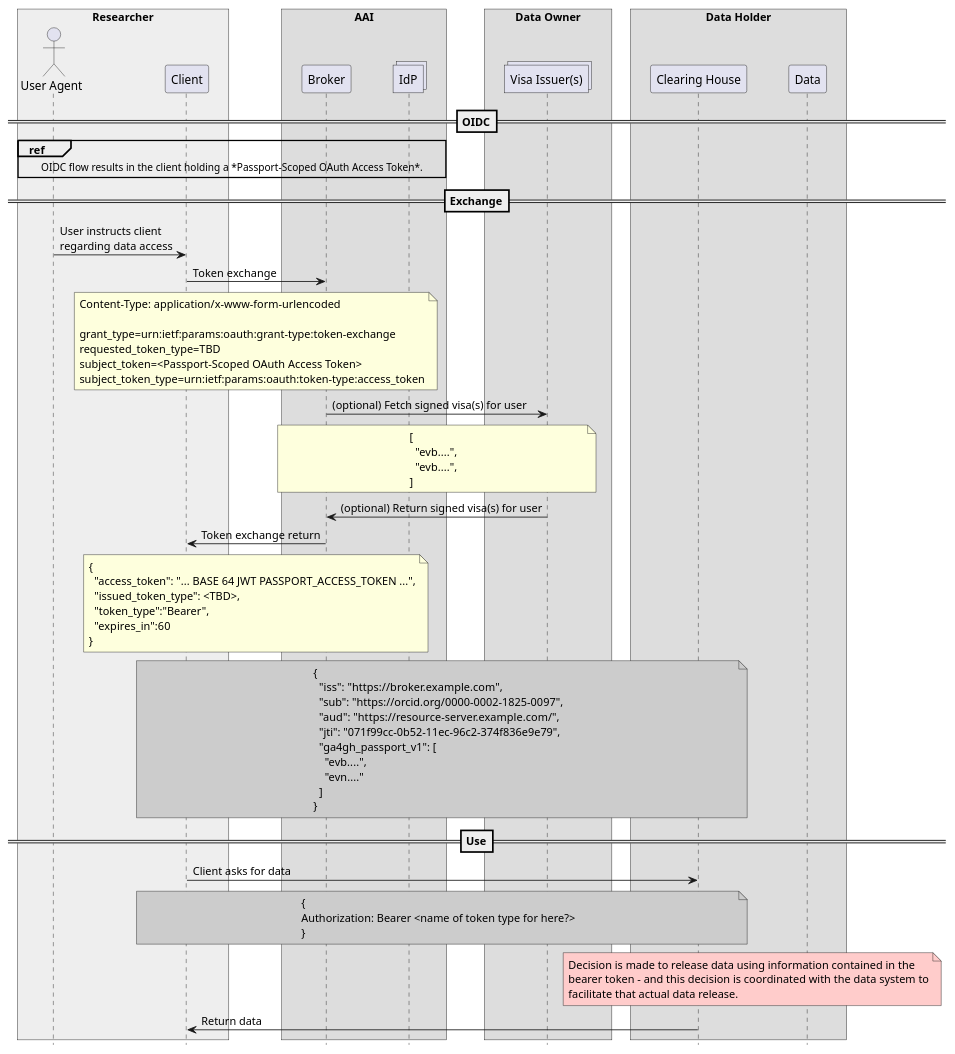
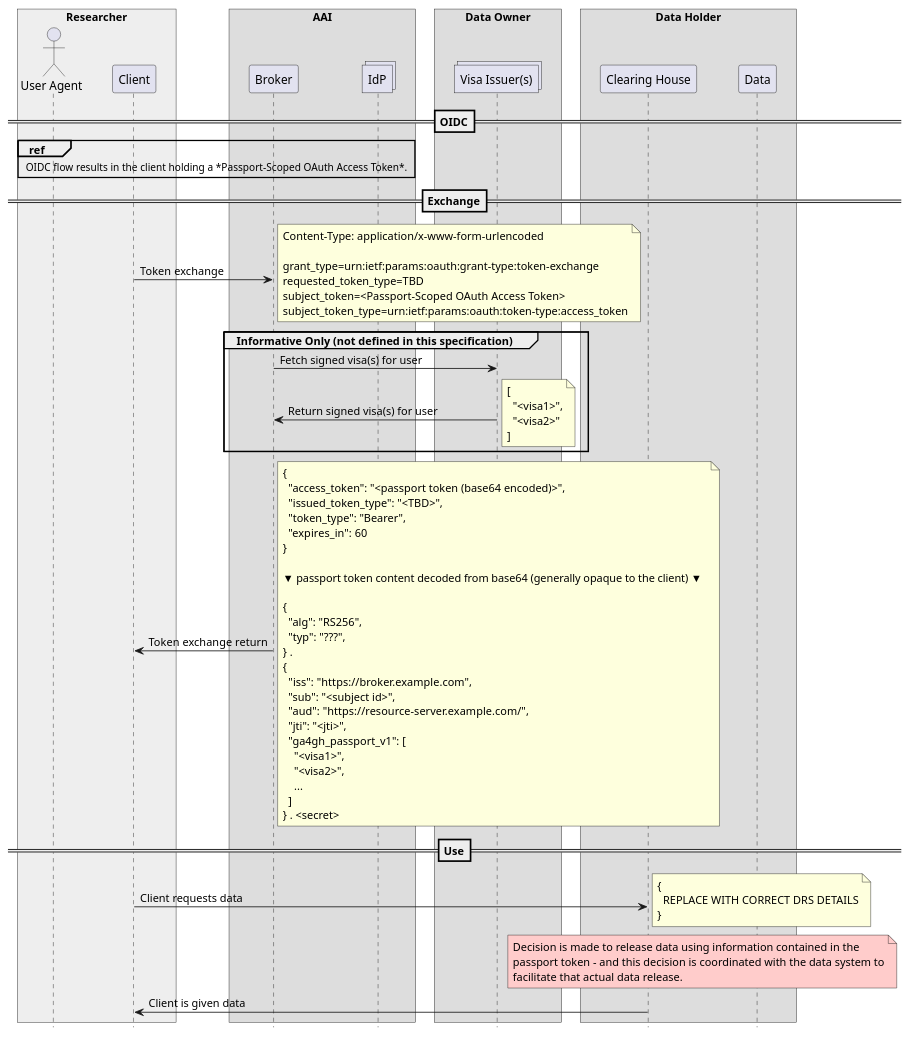
One commit to ga4gh/data-security changed the second of 2 diagrams in AAI/AAIConnectProfile.md. Above: the diagram before and after it, drawn with PlantUML. The commit also changed other lines of this file, not shown here.

Commit message:
changed sequence diagram notes to be aligned on interaction arrow rows changed some wording

```diff
--- a/AAI/AAIConnectProfile.md
+++ b/AAI/AAIConnectProfile.md
@@ -954,9 +953,8 @@
 
 ==Exchange==
 
-user -> client : User instructs client\nregarding data access
 client -> broker : Token exchange
-note over client, broker
+note right
 Content-Type: application/x-www-form-urlencoded
 
 grant_type=urn:ietf:params:oauth:grant-type:token-exchange
@@ -965,53 +963,60 @@
 subject_token_type=urn:ietf:params:oauth:token-type:access_token
 end note
 
-broker -> issuers : (optional) Fetch signed visa(s) for user
-note over broker, issuers
-[
-  "evb....",
-  "evb....",
-]
-end note
-broker <- issuers : (optional) Return signed visa(s) for user
+group Informative Only (not defined in this specification)
+    broker -> issuers : Fetch signed visa(s) for user
+    broker <- issuers : Return signed visa(s) for user
+    note right
+    [
+      "<visa1>",
+      "<visa2>"
+    ]
+    end note
+end
 
 client <- broker : Token exchange return
-note over client, broker
+note right
 {
-  "access_token": "... BASE 64 JWT PASSPORT_ACCESS_TOKEN ...",
-  "issued_token_type": <TBD>,
-  "token_type":"Bearer",
-  "expires_in":60
+  "access_token": "<passport token (base64 encoded)>",
+  "issued_token_type": "<TBD>",
+  "token_type": "Bearer",
+  "expires_in": 60
 }
-end note
 
-note over client, clearing  #CCCCCC
+▼ passport token content decoded from base64 (generally opaque to the client) ▼  
+
+{
+  "alg": "RS256",
+  "typ": "???",
+} .
 {
   "iss": "https://broker.example.com",
-  "sub": "https://orcid.org/0000-0002-1825-0097",
+  "sub": "<subject id>",
   "aud": "https://resource-server.example.com/",
-  "jti": "071f99cc-0b52-11ec-96c2-374f836e9e79",
+  "jti": "<jti>",
   "ga4gh_passport_v1": [
-    "evb....",
-    "evn...."
+    "<visa1>",
+    "<visa2>",
+    ...
   ]
-}
+} . <secret>
 end note
 
 ==Use==
 
-client -> clearing : Client asks for data
-note over client, clearing  #CCCCCC
+client -> clearing : Client requests data
+note right
 {
-Authorization: Bearer <name of token type for here?>
+  REPLACE WITH CORRECT DRS DETAILS
 }
 end note
 
 note over clearing, data  #FFCCCB
 Decision is made to release data using information contained in the
-bearer token - and this decision is coordinated with the data system to
+passport token - and this decision is coordinated with the data system to
 facilitate that actual data release.
 end note
 
-client <- clearing : Return data
+client <- clearing : Client is given data
 
 {% endplantuml %}
```
